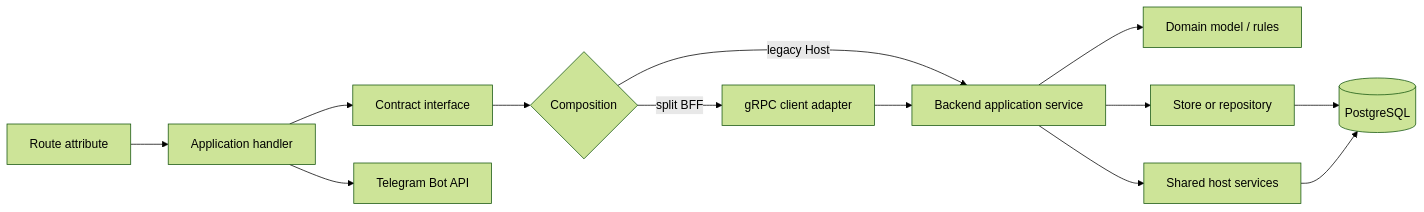
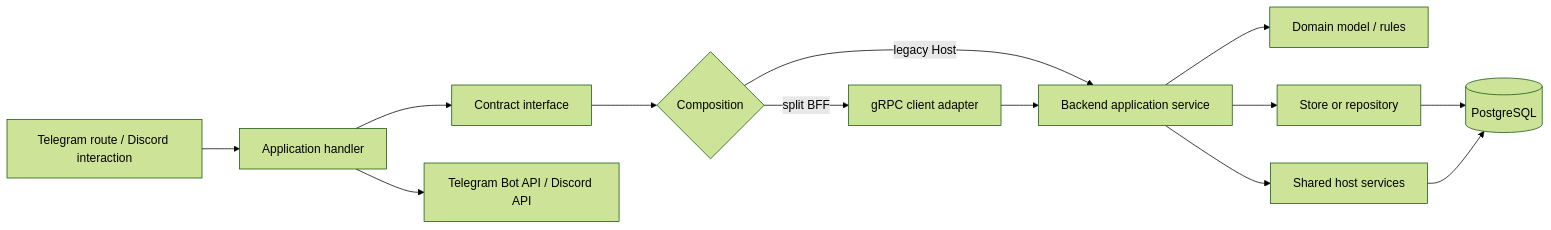
One commit to cpp20120/GameShiz changed the ninth of 30 diagrams in docs/arch.md. Above: the diagram before and after it, drawn with Mermaid (forest theme). The commit also changed other lines of this file and 182 other files, not shown here.

````diff
--- a/docs/arch.md
+++ b/docs/arch.md
@@ -305,27 +393,27 @@
 ```mermaid
 flowchart LR
-    route["Route attribute"]
+    route["Telegram route / Discord interaction"]
     handler["Application handler"]
     contract["Contract interface"]
     transport{"Composition"}
     grpc["gRPC client adapter"]
     service["Backend application service"]
     domain["Domain model / rules"]
     store["Store or repository"]
     shared["Shared host services"]
     pg[("PostgreSQL")]
-    telegram["Telegram Bot API"]
+    channel["Telegram Bot API / Discord API"]
 
     route --> handler
     handler --> contract
     contract --> transport
     transport -->|"legacy Host"| service
     transport -->|"split BFF"| grpc
     grpc --> service
     service --> domain
     service --> store
     service --> shared
     store --> pg
     shared --> pg
-    handler --> telegram
+    handler --> channel
 ```
````
